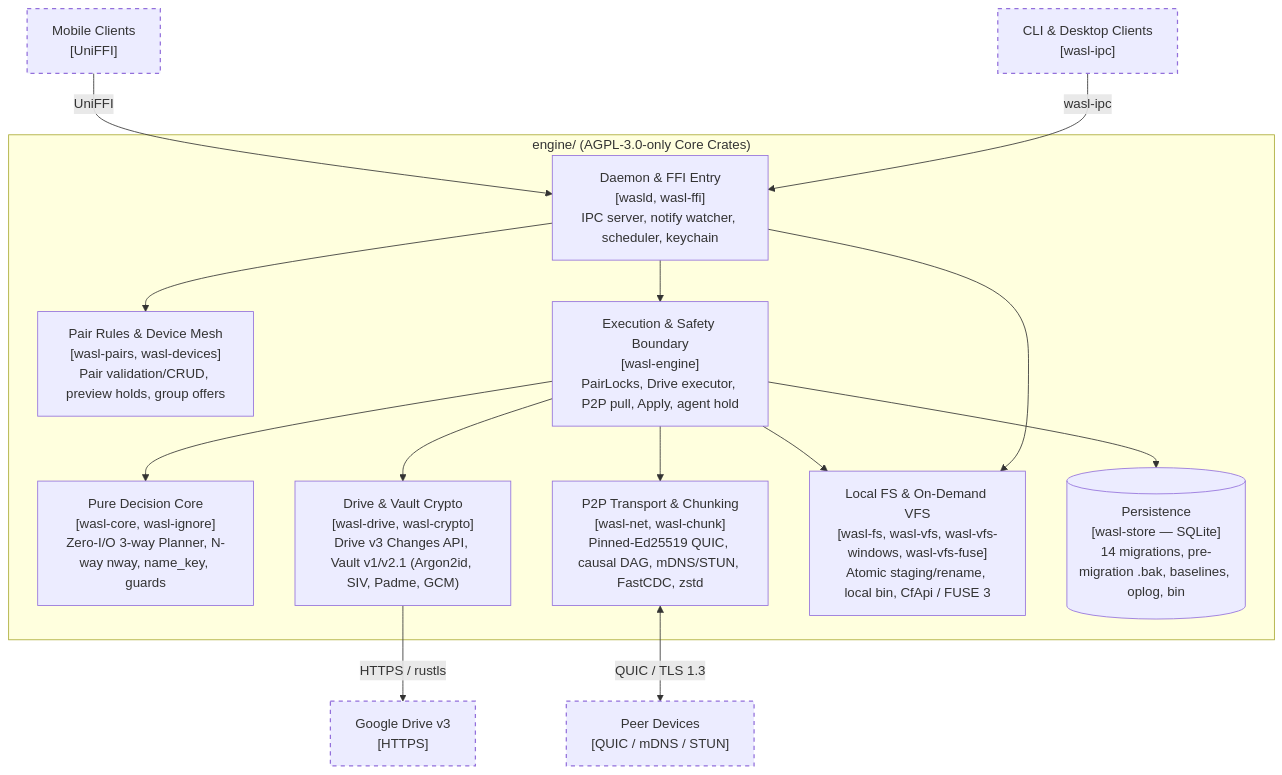
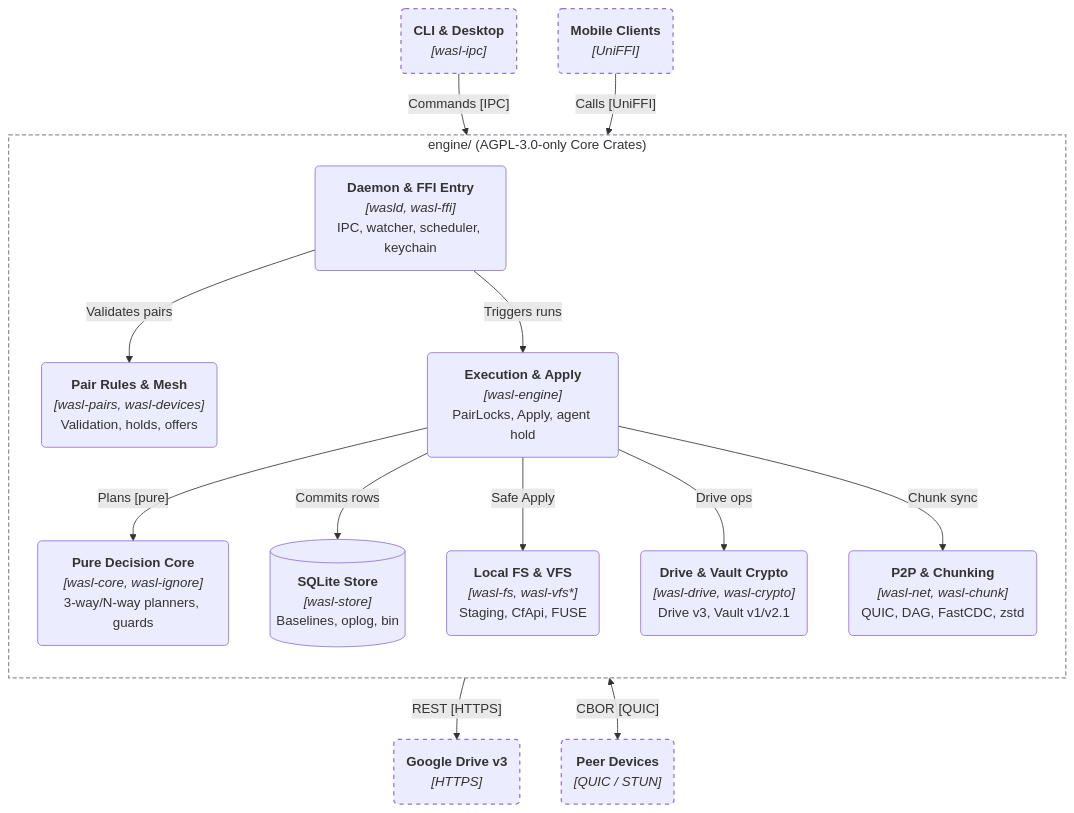
Before and after one commit to Ahmad-AlModhayan/wasl: the fifth of 5 diagrams in README.md, drawn with Mermaid. The commit also changed other lines of this file, not shown here.

First line of the commit message:
docs(readme): refine C4 + UML layout, arrow routing, and sequence syntax

````diff
--- a/README.md
+++ b/README.md
@@ -117,34 +134,35 @@
 ```mermaid
 flowchart TB
-    ipc_c["CLI & Desktop Clients<br/>[wasl-ipc]"]:::ext
-    mob_c["Mobile Clients<br/>[UniFFI]"]:::ext
+    ipc_c("<b>CLI &amp; Desktop</b><br/><i>[wasl-ipc]</i>"):::ext
+    mob_c("<b>Mobile Clients</b><br/><i>[UniFFI]</i>"):::ext
 
     subgraph engine_ws["engine/ (AGPL-3.0-only Core Crates)"]
-        host["Daemon & FFI Entry<br/>[wasld, wasl-ffi]<br/>IPC server, notify watcher, scheduler, keychain"]
-        rules["Pair Rules & Device Mesh<br/>[wasl-pairs, wasl-devices]<br/>Pair validation/CRUD, preview holds, group offers"]
-        exec["Execution & Safety Boundary<br/>[wasl-engine]<br/>PairLocks, Drive executor, P2P pull, Apply, agent hold"]
-        pure["Pure Decision Core<br/>[wasl-core, wasl-ignore]<br/>Zero-I/O 3-way Planner, N-way nway, name_key, guards"]
-        dc["Drive & Vault Crypto<br/>[wasl-drive, wasl-crypto]<br/>Drive v3 Changes API, Vault v1/v2.1 (Argon2id, SIV, Padme, GCM)"]
-        p2p["P2P Transport & Chunking<br/>[wasl-net, wasl-chunk]<br/>Pinned-Ed25519 QUIC, causal DAG, mDNS/STUN, FastCDC, zstd"]
-        fsvfs["Local FS & On-Demand VFS<br/>[wasl-fs, wasl-vfs, wasl-vfs-windows, wasl-vfs-fuse]<br/>Atomic staging/rename, local bin, CfApi / FUSE 3"]
-        db[("Persistence<br/>[wasl-store — SQLite]<br/>14 migrations, pre-migration .bak, baselines, oplog, bin")]
+        direction TB
+        host("<b>Daemon &amp; FFI Entry</b><br/><i>[wasld, wasl-ffi]</i><br/>IPC, watcher, scheduler, keychain")
+        rules("<b>Pair Rules &amp; Mesh</b><br/><i>[wasl-pairs, wasl-devices]</i><br/>Validation, holds, offers")
+        exec("<b>Execution &amp; Apply</b><br/><i>[wasl-engine]</i><br/>PairLocks, Apply, agent hold")
+        pure("<b>Pure Decision Core</b><br/><i>[wasl-core, wasl-ignore]</i><br/>3-way/N-way planners, guards")
+        db[("<b>SQLite Store</b><br/><i>[wasl-store]</i><br/>Baselines, oplog, bin")]
+        fsvfs("<b>Local FS &amp; VFS</b><br/><i>[wasl-fs, wasl-vfs*]</i><br/>Staging, CfApi, FUSE")
+        dc("<b>Drive &amp; Vault Crypto</b><br/><i>[wasl-drive, wasl-crypto]</i><br/>Drive v3, Vault v1/v2.1")
+        p2p("<b>P2P &amp; Chunking</b><br/><i>[wasl-net, wasl-chunk]</i><br/>QUIC, DAG, FastCDC, zstd")
     end
 
-    drive["Google Drive v3<br/>[HTTPS]"]:::ext
-    peers["Peer Devices<br/>[QUIC / mDNS / STUN]"]:::ext
+    drive("<b>Google Drive v3</b><br/><i>[HTTPS]</i>"):::ext
+    peers("<b>Peer Devices</b><br/><i>[QUIC / STUN]</i>"):::ext
 
-    ipc_c -->|"wasl-ipc"| host
-    mob_c -->|"UniFFI"| host
-    host --> rules
-    host --> exec
-    host --> fsvfs
-    exec --> pure
-    exec --> db
-    exec --> fsvfs
-    exec --> dc
-    exec --> p2p
-    dc -->|"HTTPS / rustls"| drive
-    p2p <-->|"QUIC / TLS 1.3"| peers
+    ipc_c -->|"Commands [IPC]"| host
+    mob_c -->|"Calls [UniFFI]"| host
+    host -->|"Validates pairs"| rules
+    host -->|"Triggers runs"| exec
+    exec -->|"Plans [pure]"| pure
+    exec -->|"Commits rows"| db
+    exec -->|"Safe Apply"| fsvfs
+    exec -->|"Drive ops"| dc
+    exec -->|"Chunk sync"| p2p
+    dc -->|"REST [HTTPS]"| drive
+    p2p <-->|"CBOR [QUIC]"| peers
 
-    classDef ext stroke-dasharray: 5 5,stroke-width:1.5px;
+    style engine_ws fill:none,stroke:#8b949e,stroke-width:1.5px,stroke-dasharray:5 3
+    classDef ext stroke-dasharray:5 5,stroke-width:1.5px;
 ```
````
